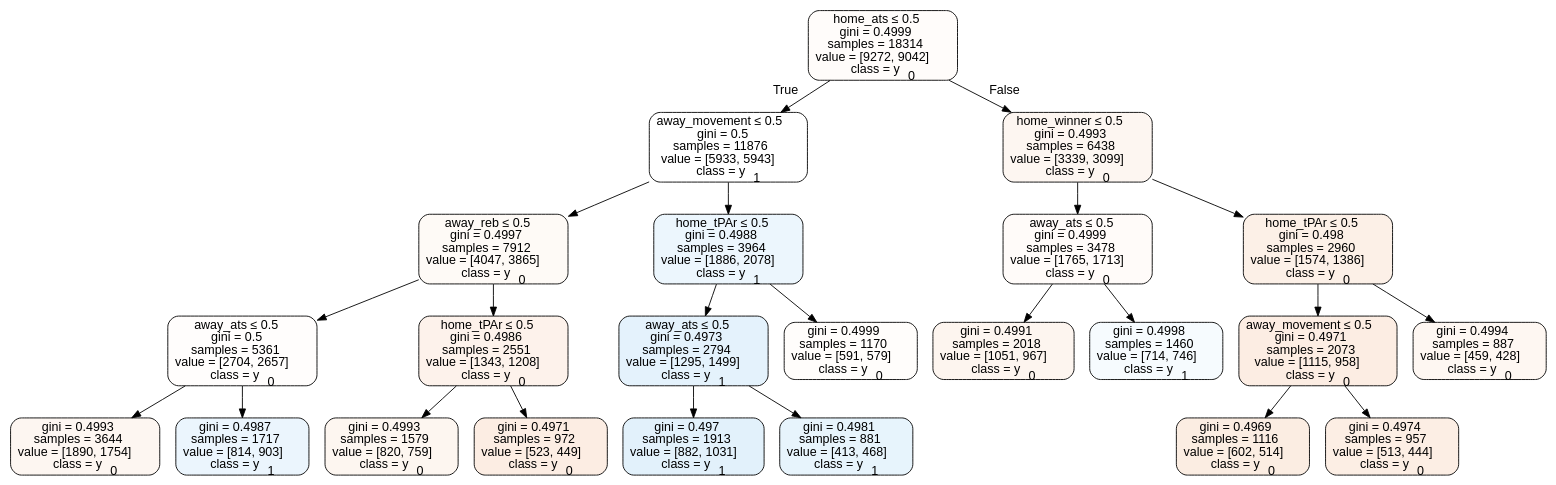
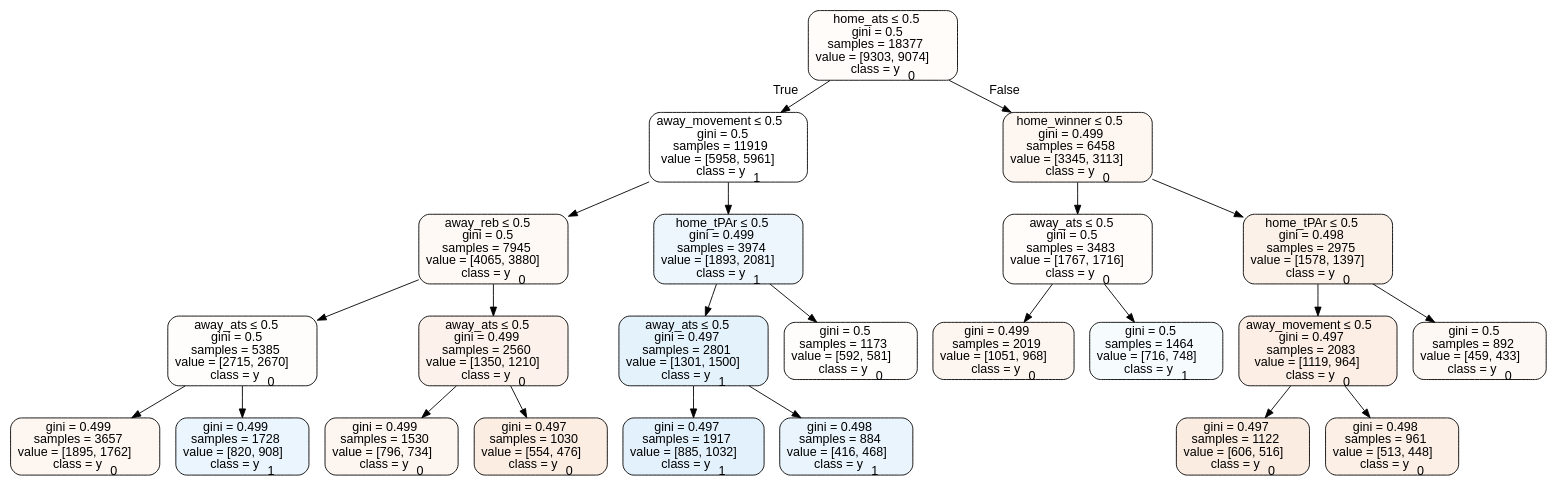
The diagram in Basketball/data/trees/treehome.dot (usbogie/ncaa-bets), drawn with Graphviz before and after one commit. The commit also changed 5 other files, not shown here.

```diff
--- a/Basketball/data/trees/treehome.dot
+++ b/Basketball/data/trees/treehome.dot
@@ -1,49 +1,49 @@
 digraph Tree {
 node [shape=box, style="filled, rounded", color="black", fontname=helvetica] ;
 edge [fontname=helvetica] ;
-0 [label=<home_ats &le; 0.5<br/>gini = 0.4999<br/>samples = 18314<br/>value = [9272, 9042]<br/>class = y<SUB>0</SUB>>, fillcolor="#e5813906"] ;
-1 [label=<away_movement &le; 0.5<br/>gini = 0.5<br/>samples = 11876<br/>value = [5933, 5943]<br/>class = y<SUB>1</SUB>>, fillcolor="#399de500"] ;
+0 [label=<home_ats &le; 0.5<br/>gini = 0.5<br/>samples = 18377<br/>value = [9303, 9074]<br/>class = y<SUB>0</SUB>>, fillcolor="#e5813906"] ;
+1 [label=<away_movement &le; 0.5<br/>gini = 0.5<br/>samples = 11919<br/>value = [5958, 5961]<br/>class = y<SUB>1</SUB>>, fillcolor="#399de500"] ;
 0 -> 1 [labeldistance=2.5, labelangle=45, headlabel="True"] ;
-2 [label=<away_reb &le; 0.5<br/>gini = 0.4997<br/>samples = 7912<br/>value = [4047, 3865]<br/>class = y<SUB>0</SUB>>, fillcolor="#e581390b"] ;
+2 [label=<away_reb &le; 0.5<br/>gini = 0.5<br/>samples = 7945<br/>value = [4065, 3880]<br/>class = y<SUB>0</SUB>>, fillcolor="#e581390c"] ;
 1 -> 2 ;
-3 [label=<away_ats &le; 0.5<br/>gini = 0.5<br/>samples = 5361<br/>value = [2704, 2657]<br/>class = y<SUB>0</SUB>>, fillcolor="#e5813904"] ;
+3 [label=<away_ats &le; 0.5<br/>gini = 0.5<br/>samples = 5385<br/>value = [2715, 2670]<br/>class = y<SUB>0</SUB>>, fillcolor="#e5813904"] ;
 2 -> 3 ;
-4 [label=<gini = 0.4993<br/>samples = 3644<br/>value = [1890, 1754]<br/>class = y<SUB>0</SUB>>, fillcolor="#e5813912"] ;
+4 [label=<gini = 0.499<br/>samples = 3657<br/>value = [1895, 1762]<br/>class = y<SUB>0</SUB>>, fillcolor="#e5813912"] ;
 3 -> 4 ;
-5 [label=<gini = 0.4987<br/>samples = 1717<br/>value = [814, 903]<br/>class = y<SUB>1</SUB>>, fillcolor="#399de519"] ;
+5 [label=<gini = 0.499<br/>samples = 1728<br/>value = [820, 908]<br/>class = y<SUB>1</SUB>>, fillcolor="#399de519"] ;
 3 -> 5 ;
-6 [label=<home_tPAr &le; 0.5<br/>gini = 0.4986<br/>samples = 2551<br/>value = [1343, 1208]<br/>class = y<SUB>0</SUB>>, fillcolor="#e581391a"] ;
+6 [label=<away_ats &le; 0.5<br/>gini = 0.499<br/>samples = 2560<br/>value = [1350, 1210]<br/>class = y<SUB>0</SUB>>, fillcolor="#e581391a"] ;
 2 -> 6 ;
-7 [label=<gini = 0.4993<br/>samples = 1579<br/>value = [820, 759]<br/>class = y<SUB>0</SUB>>, fillcolor="#e5813913"] ;
+7 [label=<gini = 0.499<br/>samples = 1530<br/>value = [796, 734]<br/>class = y<SUB>0</SUB>>, fillcolor="#e5813914"] ;
 6 -> 7 ;
-8 [label=<gini = 0.4971<br/>samples = 972<br/>value = [523, 449]<br/>class = y<SUB>0</SUB>>, fillcolor="#e5813924"] ;
+8 [label=<gini = 0.497<br/>samples = 1030<br/>value = [554, 476]<br/>class = y<SUB>0</SUB>>, fillcolor="#e5813924"] ;
 6 -> 8 ;
-9 [label=<home_tPAr &le; 0.5<br/>gini = 0.4988<br/>samples = 3964<br/>value = [1886, 2078]<br/>class = y<SUB>1</SUB>>, fillcolor="#399de518"] ;
+9 [label=<home_tPAr &le; 0.5<br/>gini = 0.499<br/>samples = 3974<br/>value = [1893, 2081]<br/>class = y<SUB>1</SUB>>, fillcolor="#399de517"] ;
 1 -> 9 ;
-10 [label=<away_ats &le; 0.5<br/>gini = 0.4973<br/>samples = 2794<br/>value = [1295, 1499]<br/>class = y<SUB>1</SUB>>, fillcolor="#399de523"] ;
+10 [label=<away_ats &le; 0.5<br/>gini = 0.497<br/>samples = 2801<br/>value = [1301, 1500]<br/>class = y<SUB>1</SUB>>, fillcolor="#399de522"] ;
 9 -> 10 ;
-11 [label=<gini = 0.497<br/>samples = 1913<br/>value = [882, 1031]<br/>class = y<SUB>1</SUB>>, fillcolor="#399de525"] ;
+11 [label=<gini = 0.497<br/>samples = 1917<br/>value = [885, 1032]<br/>class = y<SUB>1</SUB>>, fillcolor="#399de524"] ;
 10 -> 11 ;
-12 [label=<gini = 0.4981<br/>samples = 881<br/>value = [413, 468]<br/>class = y<SUB>1</SUB>>, fillcolor="#399de51e"] ;
+12 [label=<gini = 0.498<br/>samples = 884<br/>value = [416, 468]<br/>class = y<SUB>1</SUB>>, fillcolor="#399de51c"] ;
 10 -> 12 ;
-13 [label=<gini = 0.4999<br/>samples = 1170<br/>value = [591, 579]<br/>class = y<SUB>0</SUB>>, fillcolor="#e5813905"] ;
+13 [label=<gini = 0.5<br/>samples = 1173<br/>value = [592, 581]<br/>class = y<SUB>0</SUB>>, fillcolor="#e5813905"] ;
 9 -> 13 ;
-14 [label=<home_winner &le; 0.5<br/>gini = 0.4993<br/>samples = 6438<br/>value = [3339, 3099]<br/>class = y<SUB>0</SUB>>, fillcolor="#e5813912"] ;
+14 [label=<home_winner &le; 0.5<br/>gini = 0.499<br/>samples = 6458<br/>value = [3345, 3113]<br/>class = y<SUB>0</SUB>>, fillcolor="#e5813912"] ;
 0 -> 14 [labeldistance=2.5, labelangle=-45, headlabel="False"] ;
-15 [label=<away_ats &le; 0.5<br/>gini = 0.4999<br/>samples = 3478<br/>value = [1765, 1713]<br/>class = y<SUB>0</SUB>>, fillcolor="#e5813908"] ;
+15 [label=<away_ats &le; 0.5<br/>gini = 0.5<br/>samples = 3483<br/>value = [1767, 1716]<br/>class = y<SUB>0</SUB>>, fillcolor="#e5813907"] ;
 14 -> 15 ;
-16 [label=<gini = 0.4991<br/>samples = 2018<br/>value = [1051, 967]<br/>class = y<SUB>0</SUB>>, fillcolor="#e5813914"] ;
+16 [label=<gini = 0.499<br/>samples = 2019<br/>value = [1051, 968]<br/>class = y<SUB>0</SUB>>, fillcolor="#e5813914"] ;
 15 -> 16 ;
-17 [label=<gini = 0.4998<br/>samples = 1460<br/>value = [714, 746]<br/>class = y<SUB>1</SUB>>, fillcolor="#399de50b"] ;
+17 [label=<gini = 0.5<br/>samples = 1464<br/>value = [716, 748]<br/>class = y<SUB>1</SUB>>, fillcolor="#399de50b"] ;
 15 -> 17 ;
-18 [label=<home_tPAr &le; 0.5<br/>gini = 0.498<br/>samples = 2960<br/>value = [1574, 1386]<br/>class = y<SUB>0</SUB>>, fillcolor="#e581391e"] ;
+18 [label=<home_tPAr &le; 0.5<br/>gini = 0.498<br/>samples = 2975<br/>value = [1578, 1397]<br/>class = y<SUB>0</SUB>>, fillcolor="#e581391d"] ;
 14 -> 18 ;
-19 [label=<away_movement &le; 0.5<br/>gini = 0.4971<br/>samples = 2073<br/>value = [1115, 958]<br/>class = y<SUB>0</SUB>>, fillcolor="#e5813924"] ;
+19 [label=<away_movement &le; 0.5<br/>gini = 0.497<br/>samples = 2083<br/>value = [1119, 964]<br/>class = y<SUB>0</SUB>>, fillcolor="#e5813923"] ;
 18 -> 19 ;
-20 [label=<gini = 0.4969<br/>samples = 1116<br/>value = [602, 514]<br/>class = y<SUB>0</SUB>>, fillcolor="#e5813925"] ;
+20 [label=<gini = 0.497<br/>samples = 1122<br/>value = [606, 516]<br/>class = y<SUB>0</SUB>>, fillcolor="#e5813926"] ;
 19 -> 20 ;
-21 [label=<gini = 0.4974<br/>samples = 957<br/>value = [513, 444]<br/>class = y<SUB>0</SUB>>, fillcolor="#e5813922"] ;
+21 [label=<gini = 0.498<br/>samples = 961<br/>value = [513, 448]<br/>class = y<SUB>0</SUB>>, fillcolor="#e5813920"] ;
 19 -> 21 ;
-22 [label=<gini = 0.4994<br/>samples = 887<br/>value = [459, 428]<br/>class = y<SUB>0</SUB>>, fillcolor="#e5813911"] ;
+22 [label=<gini = 0.5<br/>samples = 892<br/>value = [459, 433]<br/>class = y<SUB>0</SUB>>, fillcolor="#e581390e"] ;
 18 -> 22 ;
 }
```
